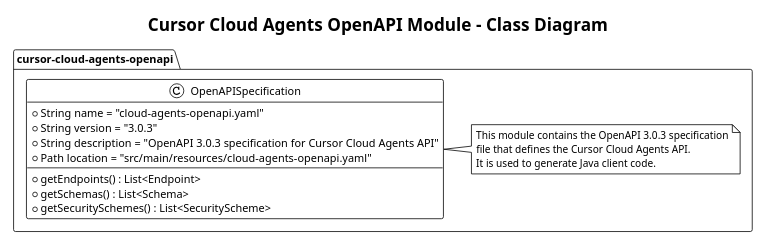
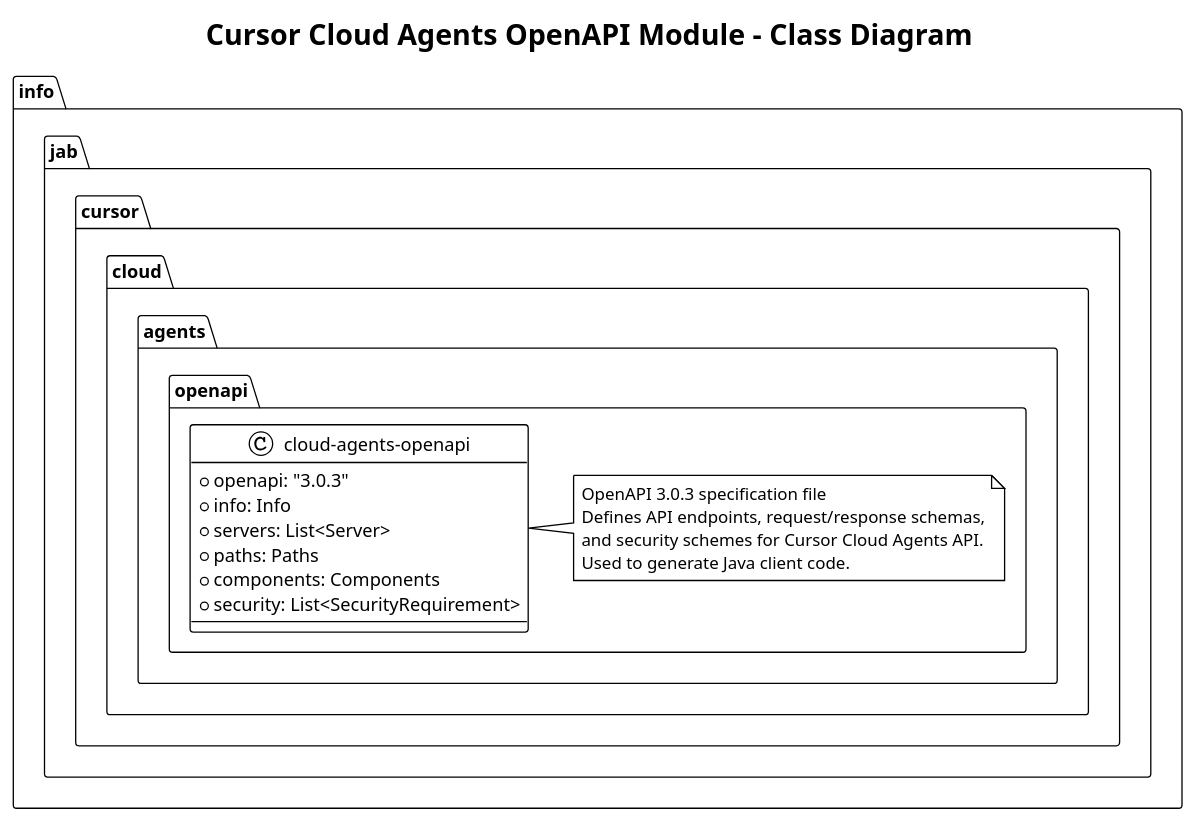
The diagram in documentation/uml/puml/uml-class-diagram-cursor-cloud-agents-openapi.puml (jabrena/churrera), drawn with PlantUML before and after one commit. The commit also changed 14 other files, not shown here.

First line of the commit message:
Update UML documentation (#184)

```diff
--- a/documentation/uml/puml/uml-class-diagram-cursor-cloud-agents-openapi.puml
+++ b/documentation/uml/puml/uml-class-diagram-cursor-cloud-agents-openapi.puml
@@ -1,24 +1,23 @@
 @startuml
 !theme plain
-scale 0.6
 title Cursor Cloud Agents OpenAPI Module - Class Diagram
 
-package "cursor-cloud-agents-openapi" {
-  class OpenAPISpecification {
-    + String name = "cloud-agents-openapi.yaml"
-    + String version = "3.0.3"
-    + String description = "OpenAPI 3.0.3 specification for Cursor Cloud Agents API"
-    + Path location = "src/main/resources/cloud-agents-openapi.yaml"
-    + getEndpoints() : List<Endpoint>
-    + getSchemas() : List<Schema>
-    + getSecuritySchemes() : List<SecurityScheme>
+package "info.jab.cursor.cloud.agents.openapi" {
+  class cloud-agents-openapi {
+    + openapi: "3.0.3"
+    + info: Info
+    + servers: List<Server>
+    + paths: Paths
+    + components: Components
+    + security: List<SecurityRequirement>
   }
   
-  note right of OpenAPISpecification
-    This module contains the OpenAPI 3.0.3 specification
-    file that defines the Cursor Cloud Agents API.
-    It is used to generate Java client code.
+  note right of cloud-agents-openapi
+    OpenAPI 3.0.3 specification file
+    Defines API endpoints, request/response schemas,
+    and security schemes for Cursor Cloud Agents API.
+    Used to generate Java client code.
   end note
 }
 
 @enduml
```
